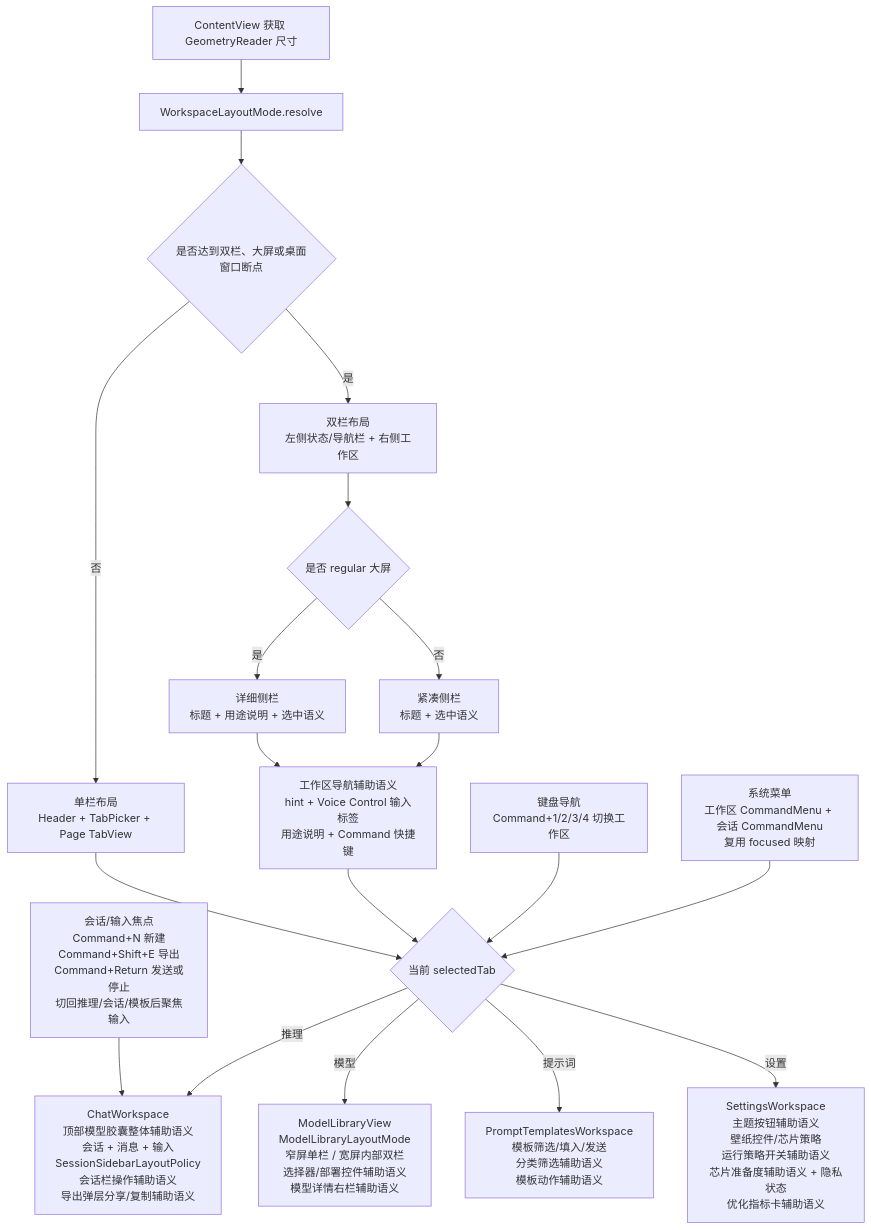
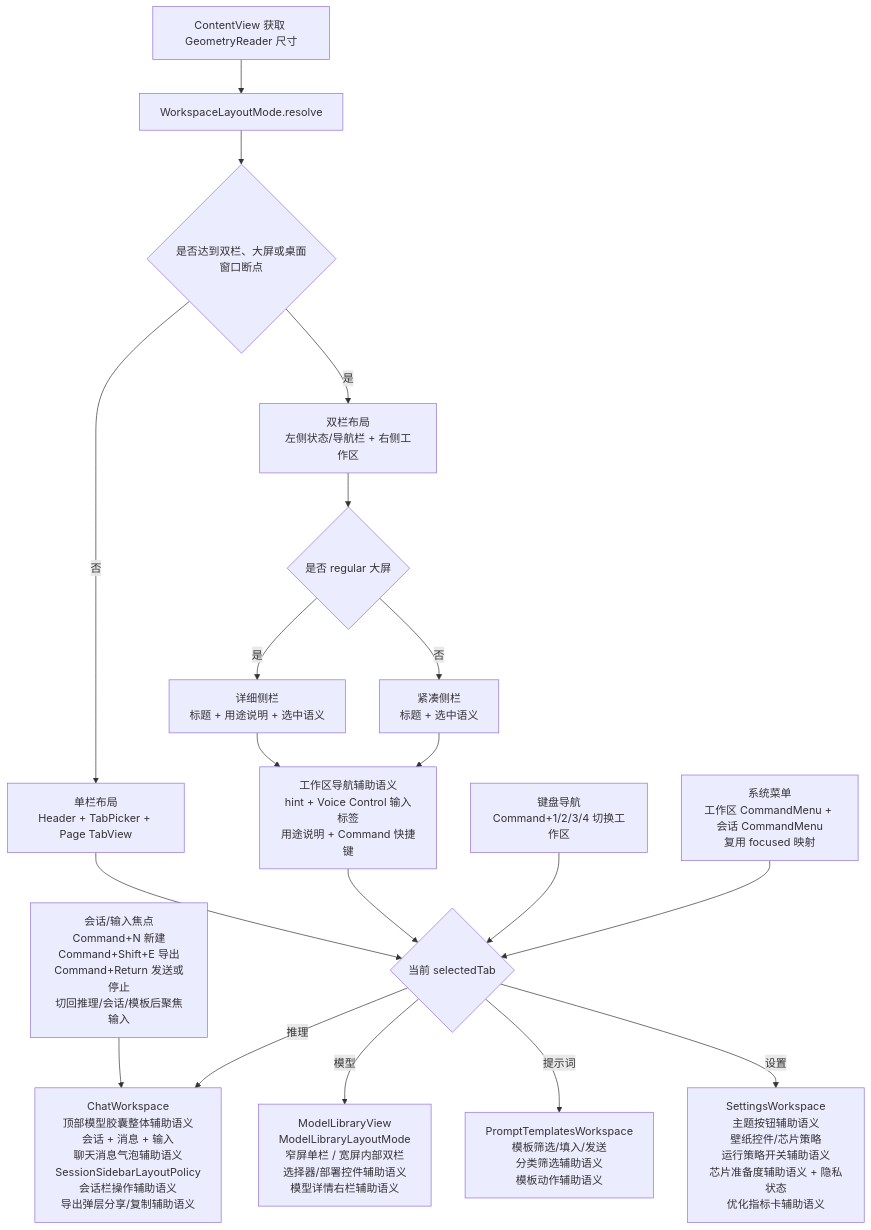
The fourth of 9 diagrams in md/flow/flowchart.md (Altman-sam114/113), drawn with Mermaid before and after one commit. The commit also changed other lines of this file and 8 other files, not shown here.

````diff
--- a/md/flow/flowchart.md
+++ b/md/flow/flowchart.md
@@ -68,21 +68,21 @@
 ```mermaid
 flowchart TD
     A[ContentView 获取 GeometryReader 尺寸] --> B[WorkspaceLayoutMode.resolve]
     B --> C{是否达到双栏、大屏或桌面窗口断点}
     C -- 否 --> D[单栏布局<br/>Header + TabPicker + Page TabView]
     C -- 是 --> E[双栏布局<br/>左侧状态/导航栏 + 右侧工作区]
     E --> N{是否 regular 大屏}
     N -- 是 --> O[详细侧栏<br/>标题 + 用途说明 + 选中语义]
     N -- 否 --> P[紧凑侧栏<br/>标题 + 选中语义]
     D --> F{当前 selectedTab}
     O --> X[工作区导航辅助语义<br/>hint + Voice Control 输入标签<br/>用途说明 + Command 快捷键]
     P --> X
     X --> F
     K[键盘导航<br/>Command+1/2/3/4 切换工作区] --> F
     M[系统菜单<br/>工作区 CommandMenu + 会话 CommandMenu<br/>复用 focused 映射] --> F
     L[会话/输入焦点<br/>Command+N 新建<br/>Command+Shift+E 导出<br/>Command+Return 发送或停止<br/>切回推理/会话/模板后聚焦输入] --> G
-    F -- 推理 --> G[ChatWorkspace<br/>顶部模型胶囊整体辅助语义<br/>会话 + 消息 + 输入<br/>SessionSidebarLayoutPolicy<br/>会话栏操作辅助语义<br/>导出弹层分享/复制辅助语义]
+    F -- 推理 --> G[ChatWorkspace<br/>顶部模型胶囊整体辅助语义<br/>会话 + 消息 + 输入<br/>聊天消息气泡辅助语义<br/>SessionSidebarLayoutPolicy<br/>会话栏操作辅助语义<br/>导出弹层分享/复制辅助语义]
     F -- 模型 --> H[ModelLibraryView<br/>ModelLibraryLayoutMode<br/>窄屏单栏 / 宽屏内部双栏<br/>选择器/部署控件辅助语义<br/>模型详情右栏辅助语义]
     F -- 提示词 --> I[PromptTemplatesWorkspace<br/>模板筛选/填入/发送<br/>分类筛选辅助语义<br/>模板动作辅助语义]
     F -- 设置 --> J[SettingsWorkspace<br/>主题按钮辅助语义<br/>壁纸控件/芯片策略<br/>运行策略开关辅助语义<br/>芯片准备度辅助语义 + 隐私状态<br/>优化指标卡辅助语义]
 ```
````
